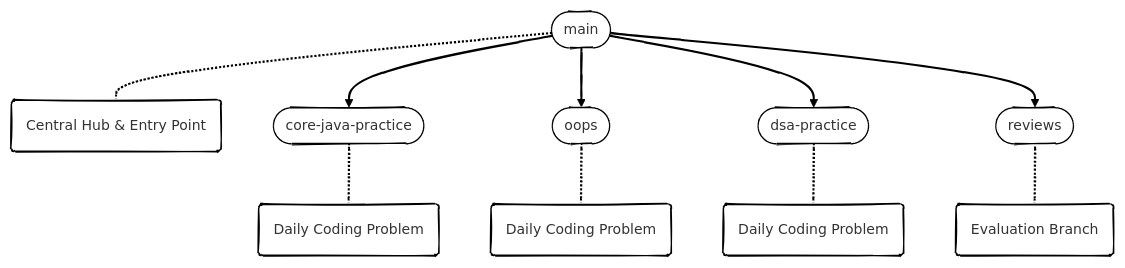
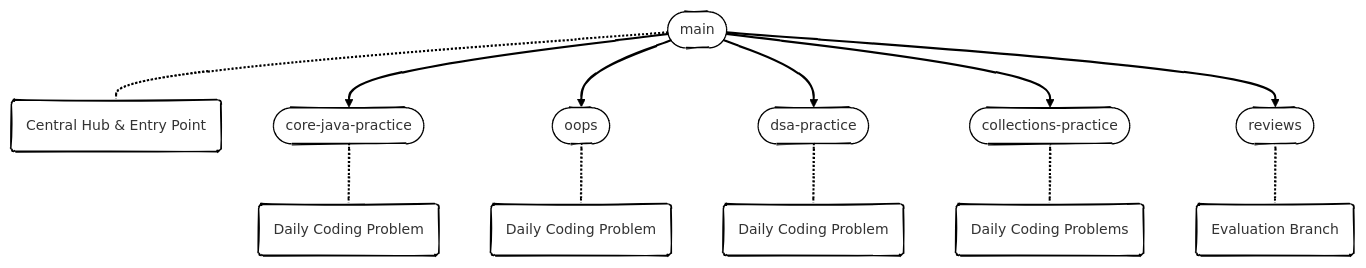
The first of 2 diagrams in readme.md (imprakhartripathi/BridgeLabz-Training), drawn with Mermaid before and after one commit. The commit also changed other lines of this file, not shown here.

````diff
--- a/readme.md
+++ b/readme.md
@@ -162,31 +178,34 @@
 ```mermaid
 ---
 config:
   layout: dagre
   theme: neo
   look: handDrawn
 ---
 flowchart TB
     Main(["main"]) -.- MainCtx["Central Hub & Entry Point"]
 
     Main --> Core(["core-java-practice"])
     Main --> OOPS(["oops"])
     Main --> DSA(["dsa-practice"])
+    Main --> COL(["collections-practice"])
     Main --> Reviews(["reviews"])
 
     Core -.- CoreCtx["Daily Coding Problem"]
     OOPS -.- OOPSCtx["Daily Coding Problem"]
     DSA -.- DSACtx["Daily Coding Problem"]
+    COL -.- COLCtx["Daily Coding Problems"]
     Reviews -.- ReviewsCtx["Evaluation Branch"]
 
     MainCtx@{ shape: rounded}
     CoreCtx@{ shape: rounded}
     OOPSCtx@{ shape: rounded}
     DSACtx@{ shape: rounded}
+    COLCtx@{ shape: rounded}
     ReviewsCtx@{ shape: rounded}
 
     classDef branch fill:#ffffff,stroke:#555555
     classDef context fill:#ffffff, stroke:#999999, stroke-dasharray:4 4
     style Main fill:transparent
 
 ```
````
